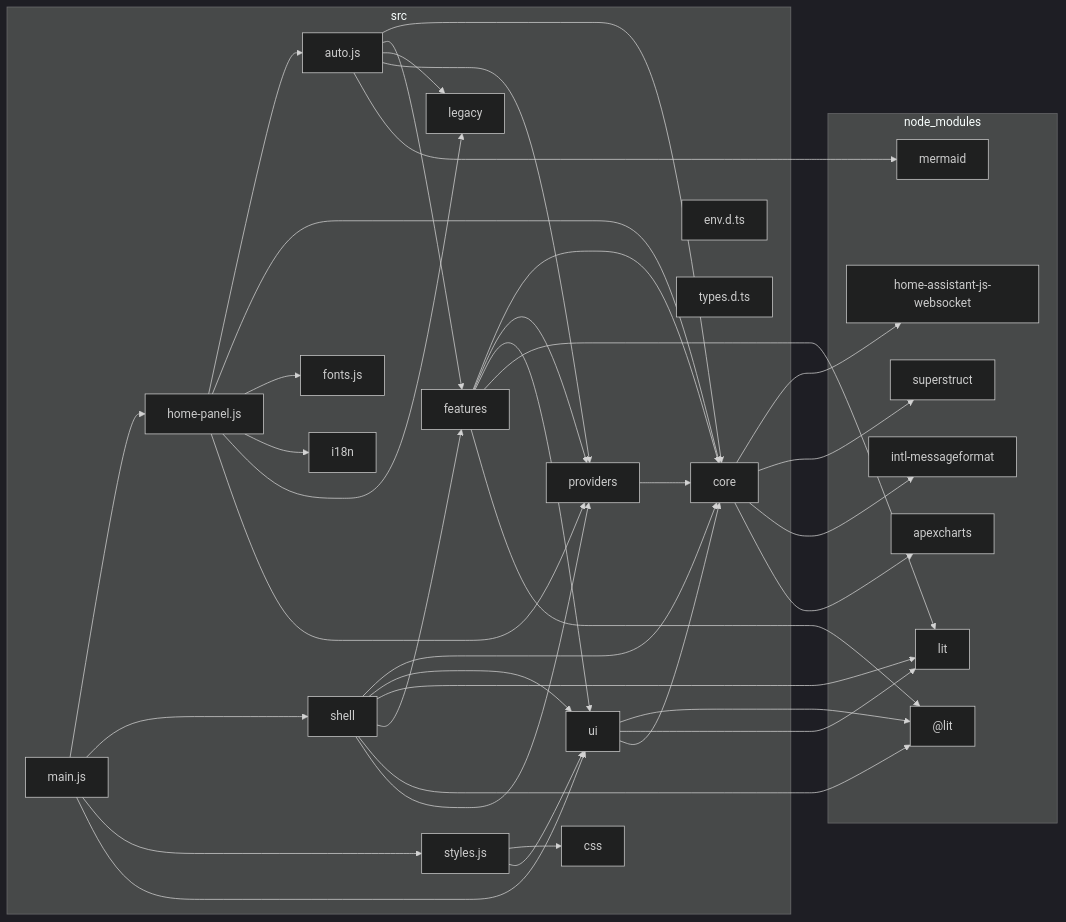
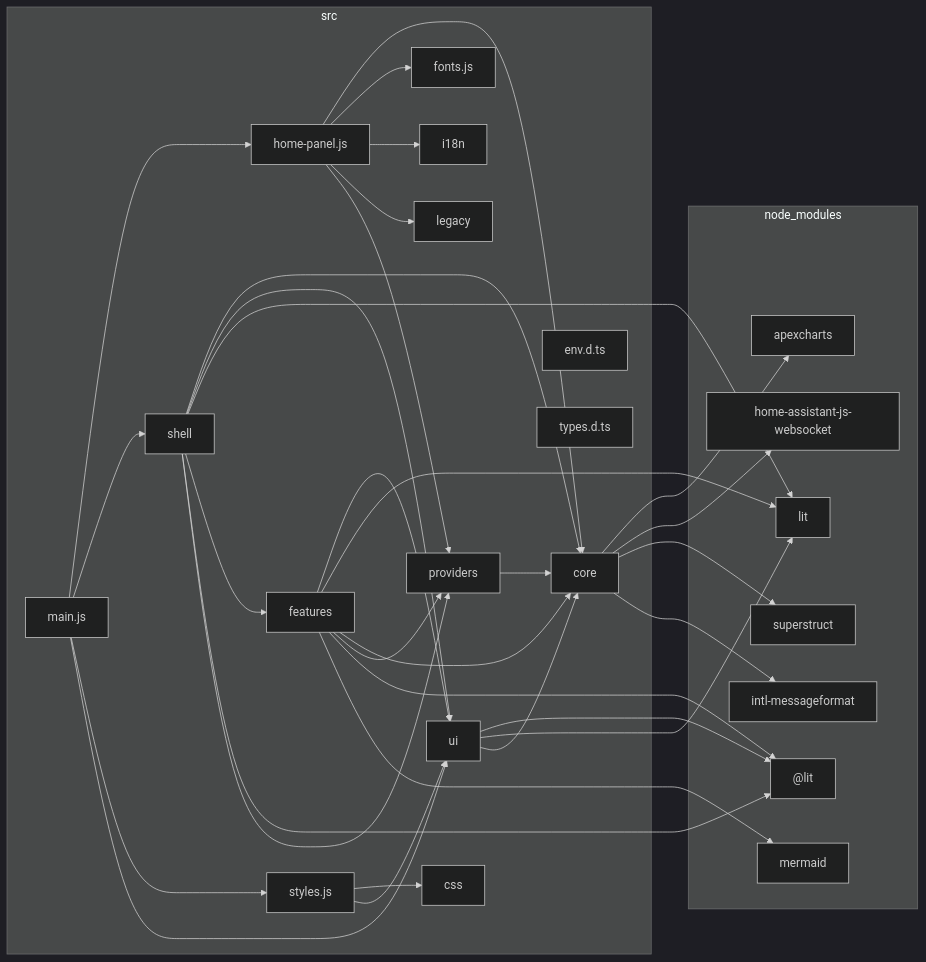
Before and after one commit to pldelisle/ha-home-panel: the diagram in docs/architecture/dependency-graph.md, drawn with Mermaid (dark theme). The commit also changed 52 other files, not shown here.

````diff
--- a/docs/architecture/dependency-graph.md
+++ b/docs/architecture/dependency-graph.md
@@ -5,66 +5,60 @@
 ```mermaid
 flowchart LR
 
 subgraph 0["node_modules"]
 1["@lit"]
 2["apexcharts"]
 3["home-assistant-js-websocket"]
 4["intl-messageformat"]
 5["lit"]
 6["mermaid"]
 7["superstruct"]
 end
 subgraph 8["src"]
-9["auto.js"]
-A["core"]
-B["css"]
-C["env.d.ts"]
-D["features"]
-E["fonts.js"]
-F["home-panel.js"]
-G["i18n"]
-H["legacy"]
-I["main.js"]
-J["providers"]
-K["shell"]
-L["styles.js"]
-M["types.d.ts"]
-N["ui"]
+9["core"]
+A["css"]
+B["env.d.ts"]
+C["features"]
+D["fonts.js"]
+E["home-panel.js"]
+F["i18n"]
+G["legacy"]
+H["main.js"]
+I["providers"]
+J["shell"]
+K["styles.js"]
+L["types.d.ts"]
+M["ui"]
 end
-9-->A
-9-->D
-9-->H
-9-->J
-9-->6
-A-->3
-A-->7
-A-->4
-A-->2
-D-->A
-D-->J
-D-->N
-D-->5
-D-->1
-F-->9
-F-->A
-F-->E
-F-->G
-F-->H
-F-->J
-I-->F
-I-->K
-I-->L
-I-->N
-J-->A
+9-->2
+9-->3
+9-->7
+9-->4
+C-->M
+C-->5
+C-->9
+C-->I
+C-->1
+C-->6
+E-->9
+E-->D
+E-->F
+E-->G
+E-->I
+H-->E
+H-->J
+H-->K
+H-->M
+I-->9
+J-->9
+J-->M
+J-->5
+J-->C
+J-->1
+J-->I
 K-->A
-K-->N
-K-->5
-K-->D
-K-->1
-K-->J
-L-->B
-L-->N
-N-->1
-N-->5
-N-->A
+K-->M
+M-->1
+M-->5
+M-->9
 ```
````
